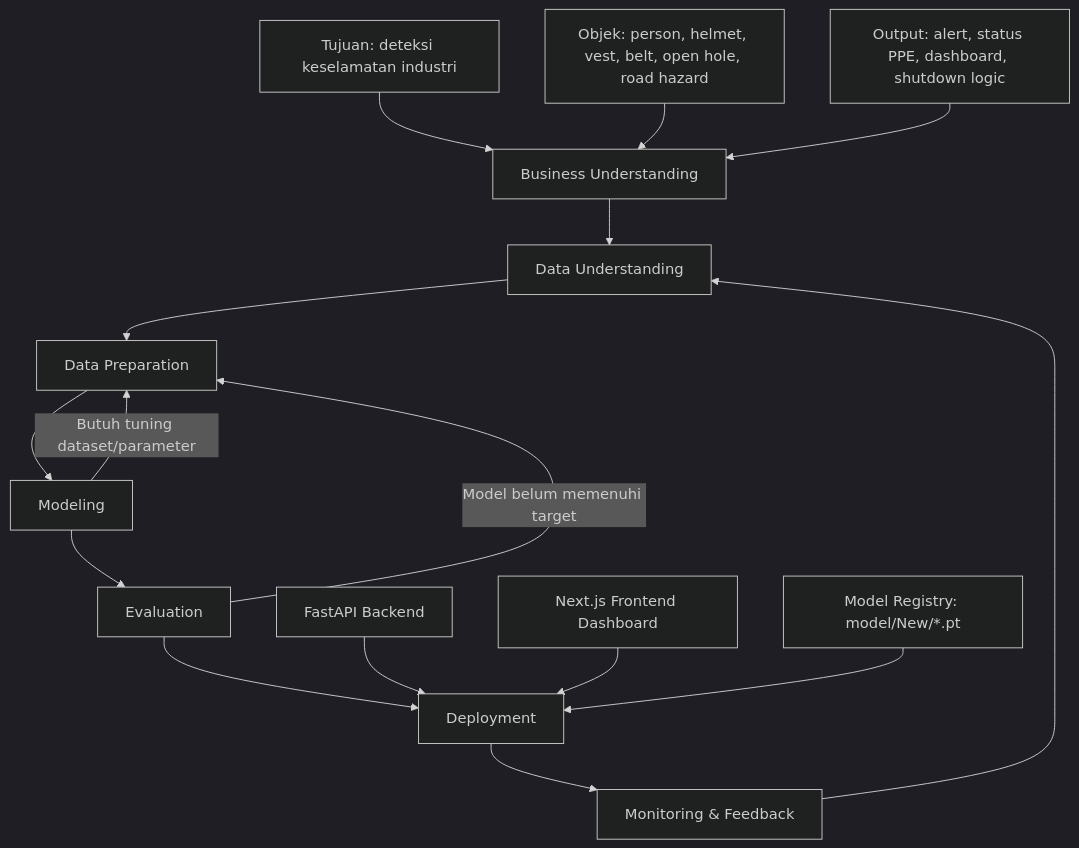
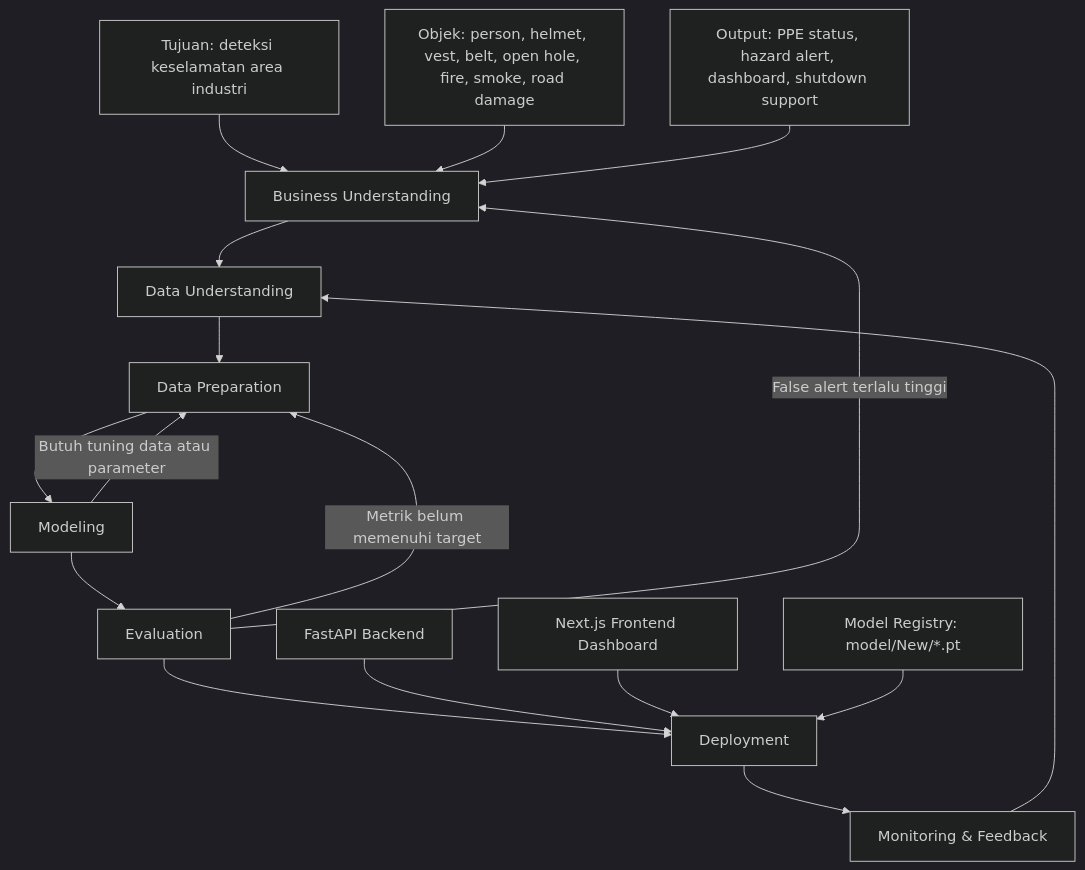
One commit to aryarefman/migas-siews changed the first of 5 diagrams in docs/crisp-dm-architecture-flow.md. Above: the diagram before and after it, drawn with Mermaid (dark theme). The commit also changed other lines of this file and 120 other files, not shown here.

````diff
--- a/docs/crisp-dm-architecture-flow.md
+++ b/docs/crisp-dm-architecture-flow.md
@@ -7,20 +39,22 @@
 ```mermaid
 flowchart TD
     A[Business Understanding] --> B[Data Understanding]
     B --> C[Data Preparation]
     C --> D[Modeling]
     D --> E[Evaluation]
     E --> F[Deployment]
     F --> G[Monitoring & Feedback]
     G --> B
-    E -->|Model belum memenuhi target| C
-    D -->|Butuh tuning dataset/parameter| C
 
-    A1[Tujuan: deteksi keselamatan industri] --> A
-    A2[Objek: person, helmet, vest, belt, open hole, road hazard] --> A
-    A3[Output: alert, status PPE, dashboard, shutdown logic] --> A
+    E -->|Metrik belum memenuhi target| C
+    E -->|False alert terlalu tinggi| A
+    D -->|Butuh tuning data atau parameter| C
+
+    A1[Tujuan: deteksi keselamatan area industri] --> A
+    A2[Objek: person, helmet, vest, belt, open hole, fire, smoke, road damage] --> A
+    A3[Output: PPE status, hazard alert, dashboard, shutdown support] --> A
 
     F1[FastAPI Backend] --> F
     F2[Next.js Frontend Dashboard] --> F
     F3[Model Registry: model/New/*.pt] --> F
 ```
````
